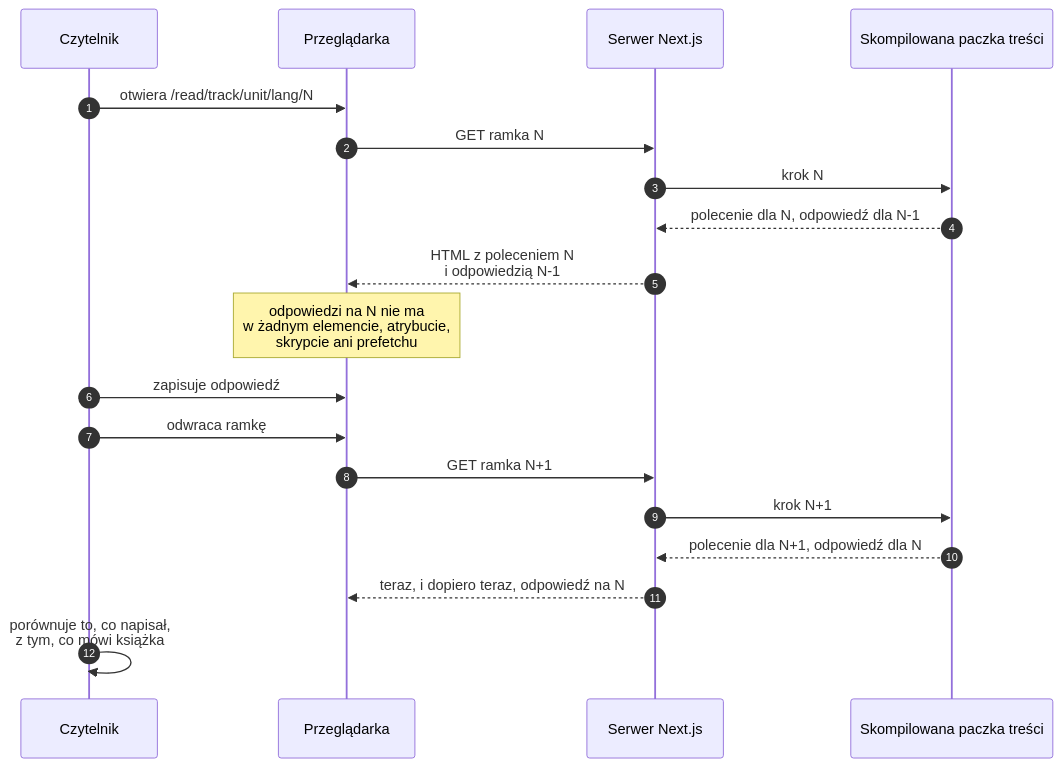
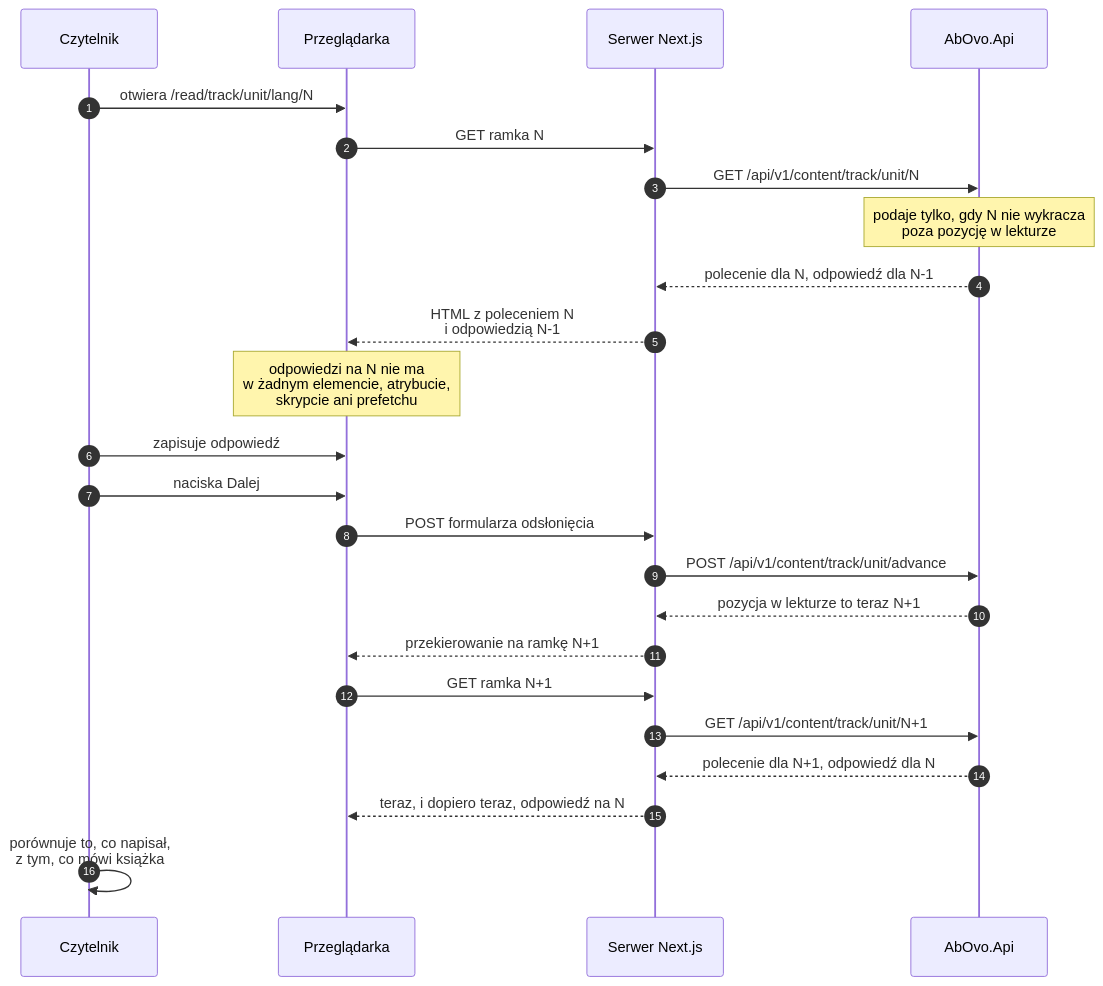
One commit to konradcinkusz/ab-ove changed the diagram in docs/diagrams/b2-answer-is-absent.pl.mmd. Above: the diagram before and after it, drawn with Mermaid. The commit also changed 40 other files, not shown here.

```diff
--- a/docs/diagrams/b2-answer-is-absent.pl.mmd
+++ b/docs/diagrams/b2-answer-is-absent.pl.mmd
@@ -1,37 +1,48 @@
 %% Jedna ramka i dlaczego odpowiedzi nie ma na stronie, zamiast być na niej ukrytą.
 %% JEDEN DIAGRAM NA PLIK. UTF-8. Dlaczego nie ASCII: patrz a1-system-context.pl.mmd.
 
 %% TO JEST CAŁY MECHANIZM PRODUKTU. Ramka Strouda prosi o coś ZANIM cokolwiek powie, a
 %% kolejna ramka otwiera się odpowiedzią, którą miało się już zapisać. Czytelnik, który
 %% przelatuje wzrokiem, nie dostaje nic, a papier nie ma jak tego zauważyć.
 
-%% ODSŁONIĘCIE JEST NAWIGACJĄ, NIE PRZEŁĄCZNIKIEM. Ramka jest komponentem serwerowym bez
+%% ODSŁONIĘCIE JEST FORMULARZEM, NIE PRZEŁĄCZNIKIEM. Ramka jest komponentem serwerowym bez
 %% granicy klienta wokół niej, więc odpowiedź na ramkę N renderuje ŻĄDANIE o ramkę N+1 i nic
 %% wcześniej. Czytelnik, który otworzy inspektor, nie znajdzie jej nigdzie; prefetch jest
 %% wyłączony, więc nie ma jej także na łączu. Obie połowy są sprawdzane testem i obie
 %% widziano, jak czerwienieją, zanim w nie uwierzono.
 
+%% I GRANICY PILNUJE SERWER, OD ADR-0060. Każdy krok przychodzi z AbOvo.Api, które podaje
+%% krok N tylko wtedy, gdy N nie wykracza poza pozycję w lekturze, a pozycję przesuwa POST
+%% odsłonięcia do .../advance. Samo GET o N+1 przed nim zostaje odrzucone, więc ani prefetch,
+%% ani robot, ani udostępniony link nie wyciągnie odpowiedzi za wcześnie. Czytelnika
+%% wskazuje jego token albo, bez konta, nieprzezroczyste ciasteczko (ADR-0061).
+
 %% DLACZEGO NIE WIDŻET ROZWIJANY. Cokolwiek renderuje odpowiedź do dokumentu i chowa ją
 %% CSS-em albo JavaScriptem, jest podpowiedzią, którą przeglądarka już ma. Wersja
-%% strukturalna kosztuje jedną nawigację i nie da się jej obejść.
+%% strukturalna kosztuje jedną podróż do serwera i nie da się jej obejść.
 
 sequenceDiagram
   autonumber
   participant R as Czytelnik
   participant B as Przeglądarka
   participant S as Serwer Next.js
-  participant C as Skompilowana paczka treści
+  participant A as AbOvo.Api
 
   R->>B: otwiera /read/track/unit/lang/N
   B->>S: GET ramka N
-  S->>C: krok N
-  C-->>S: polecenie dla N, odpowiedź dla N-1
+  S->>A: GET /api/v1/content/track/unit/N
+  Note over A: podaje tylko, gdy N nie wykracza<br/>poza pozycję w lekturze
+  A-->>S: polecenie dla N, odpowiedź dla N-1
   S-->>B: HTML z poleceniem N<br/>i odpowiedzią N-1
   Note over B: odpowiedzi na N nie ma<br/>w żadnym elemencie, atrybucie,<br/>skrypcie ani prefetchu
   R->>B: zapisuje odpowiedź
-  R->>B: odwraca ramkę
+  R->>B: naciska Dalej
+  B->>S: POST formularza odsłonięcia
+  S->>A: POST /api/v1/content/track/unit/advance
+  A-->>S: pozycja w lekturze to teraz N+1
+  S-->>B: przekierowanie na ramkę N+1
   B->>S: GET ramka N+1
-  S->>C: krok N+1
-  C-->>S: polecenie dla N+1, odpowiedź dla N
+  S->>A: GET /api/v1/content/track/unit/N+1
+  A-->>S: polecenie dla N+1, odpowiedź dla N
   S-->>B: teraz, i dopiero teraz, odpowiedź na N
   R->>R: porównuje to, co napisał,<br/>z tym, co mówi książka
```
